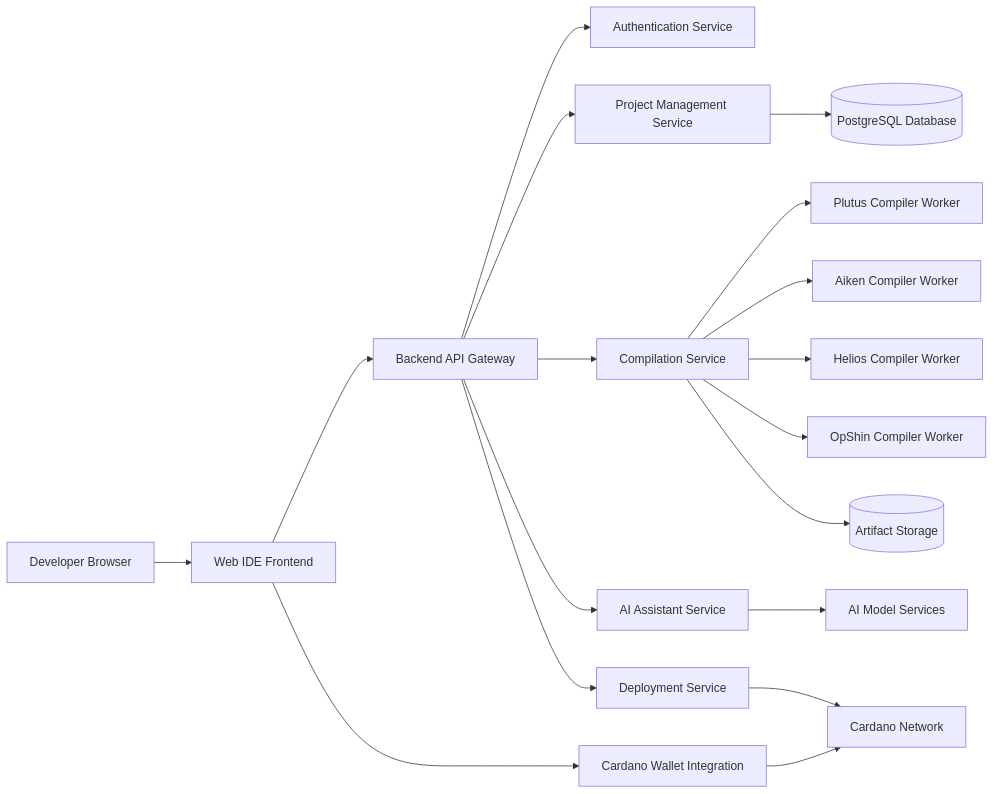
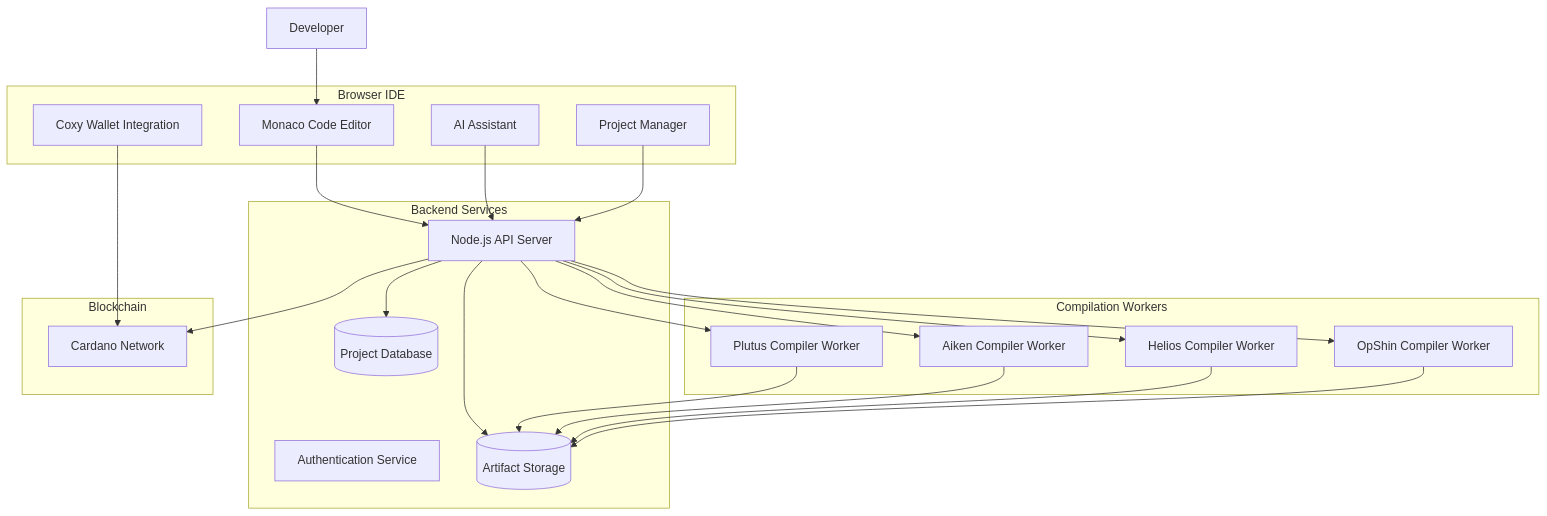
The first of 10 diagrams in Requirements/Architecture diagram.md (Daniella-Kamana/plutus-playground), drawn with Mermaid before and after one commit. The commit also changed other lines of this file, not shown here.

First line of the commit message:
Revise architecture and workflow diagrams

````diff
--- a/Requirements/Architecture diagram.md
+++ b/Requirements/Architecture diagram.md
@@ -11,31 +32,51 @@
 ```mermaid
-flowchart LR
+flowchart TB
 
-User[Developer Browser]
+Developer[Developer]
 
-User --> IDE[Web IDE Frontend]
+subgraph Browser IDE
+Editor[Monaco Code Editor]
+AI[AI Assistant]
+ProjectManager[Project Manager]
+Wallet[Coxy Wallet Integration]
+end
 
-IDE --> API[Backend API Gateway]
+subgraph Backend Services
+API[Node.js API Server]
+Auth[Authentication Service]
+ProjectDB[(Project Database)]
+ArtifactDB[(Artifact Storage)]
+end
 
-API --> Auth[Authentication Service]
-API --> Project[Project Management Service]
-API --> Compile[Compilation Service]
-API --> AI[AI Assistant Service]
-API --> Deploy[Deployment Service]
+subgraph Compilation Workers
+PlutusWorker[Plutus Compiler Worker]
+AikenWorker[Aiken Compiler Worker]
+HeliosWorker[Helios Compiler Worker]
+OpShinWorker[OpShin Compiler Worker]
+end
 
-Compile --> Worker1[Plutus Compiler Worker]
-Compile --> Worker2[Aiken Compiler Worker]
-Compile --> Worker3[Helios Compiler Worker]
-Compile --> Worker4[OpShin Compiler Worker]
+subgraph Blockchain
+Cardano[Cardano Network]
+end
 
-Project --> DB[(PostgreSQL Database)]
+Developer --> Editor
+Editor --> API
+AI --> API
+ProjectManager --> API
 
-Compile --> Artifacts[(Artifact Storage)]
+API --> ProjectDB
+API --> ArtifactDB
 
-Deploy --> Cardano[Cardano Network]
+API --> PlutusWorker
+API --> AikenWorker
+API --> HeliosWorker
+API --> OpShinWorker
 
-AI --> Model[AI Model Services]
+PlutusWorker --> ArtifactDB
+AikenWorker --> ArtifactDB
+HeliosWorker --> ArtifactDB
+OpShinWorker --> ArtifactDB
 
-IDE --> Wallet[Cardano Wallet Integration]
 Wallet --> Cardano
+API --> Cardano
 ```
````
